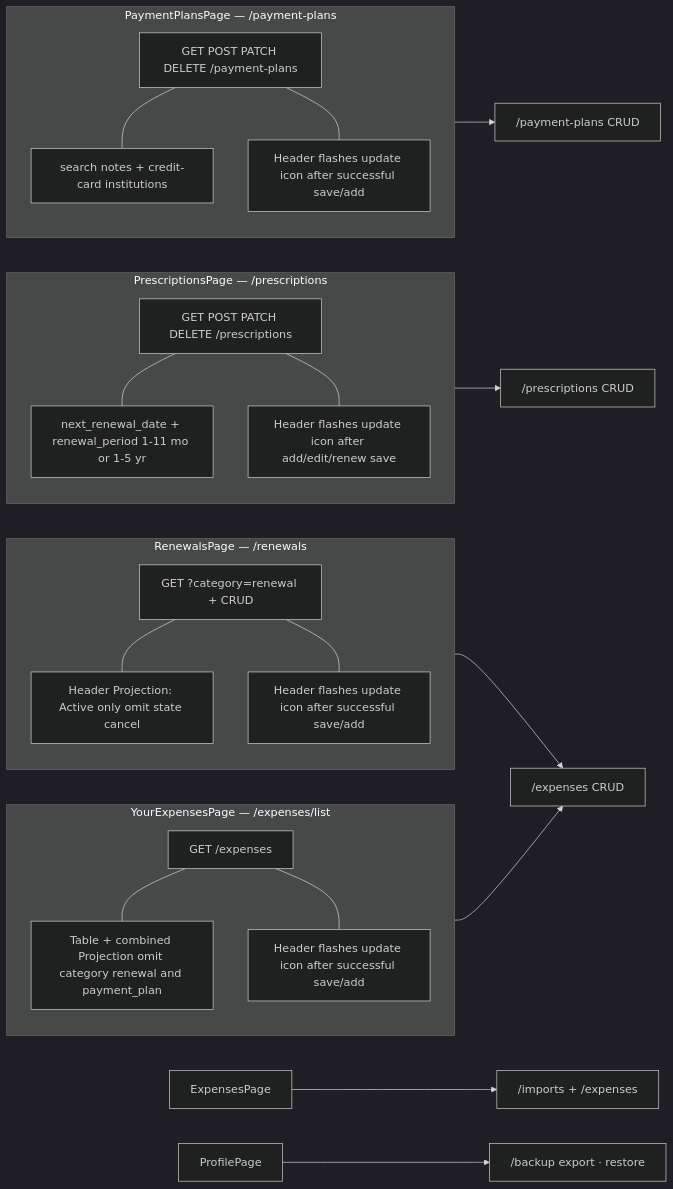
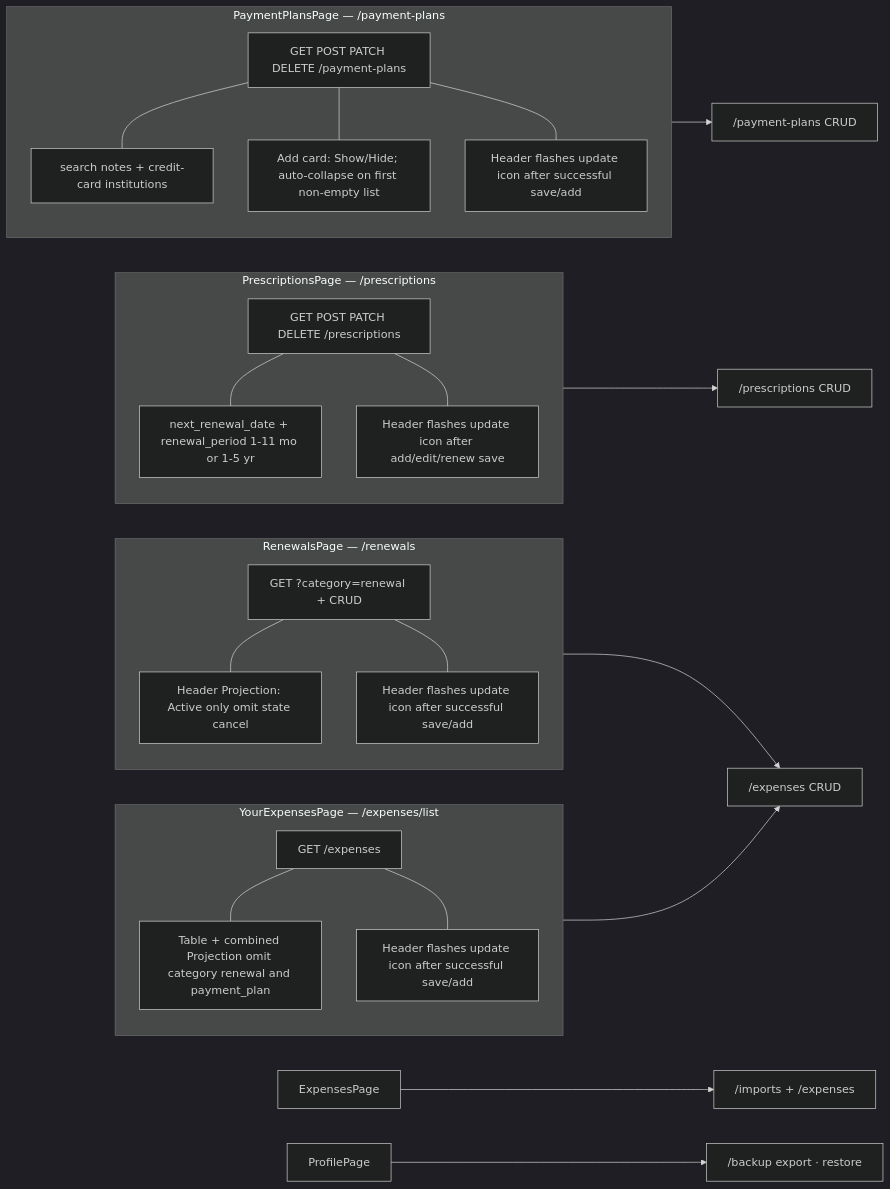
Before and after one commit to becomeonewiththecode/expense_tracker: the ninth of 19 diagrams in docs/ARCHITECTURE_DIAGRAM.md, drawn with Mermaid (dark theme). The commit also changed other lines of this file and 22 other files, not shown here.

````diff
--- a/docs/ARCHITECTURE_DIAGRAM.md
+++ b/docs/ARCHITECTURE_DIAGRAM.md
@@ -315,37 +315,38 @@
 ```mermaid
 flowchart LR
   EP[ExpensesPage] --> IM["/imports + /expenses"]
   subgraph YEP["YourExpensesPage — /expenses/list"]
     direction TB
     YG["GET /expenses"]
     YV["Table + combined Projection omit category renewal and payment_plan"]
     YU["Header flashes update icon after successful save/add"]
     YG --- YV
     YG --- YU
   end
   subgraph NRP["RenewalsPage — /renewals"]
     direction TB
     NG["GET ?category=renewal + CRUD"]
     NV["Header Projection: Active only omit state cancel"]
     NU["Header flashes update icon after successful save/add"]
     NG --- NV
     NG --- NU
   end
   NRP --> EX["/expenses CRUD"]
   YEP --> EX
   subgraph PSPg["PrescriptionsPage — /prescriptions"]
     direction TB
     PG2["GET POST PATCH DELETE /prescriptions"]
     PG2 --- PGnote["next_renewal_date + renewal_period 1-11 mo or 1-5 yr"]
     PG2 --- PGu["Header flashes update icon after add/edit/renew save"]
   end
   PSPg --> PRX["/prescriptions CRUD"]
   subgraph PPPg["PaymentPlansPage — /payment-plans"]
     direction TB
     PPG2["GET POST PATCH DELETE /payment-plans"]
     PPG2 --- PPGnote["search notes + credit-card institutions"]
+    PPG2 --- PPGadd["Add card: Show/Hide; auto-collapse on first non-empty list"]
     PPG2 --- PPGu["Header flashes update icon after successful save/add"]
   end
   PPPg --> PPX["/payment-plans CRUD"]
   PP[ProfilePage] --> BK["/backup export · restore"]
 ```
````
